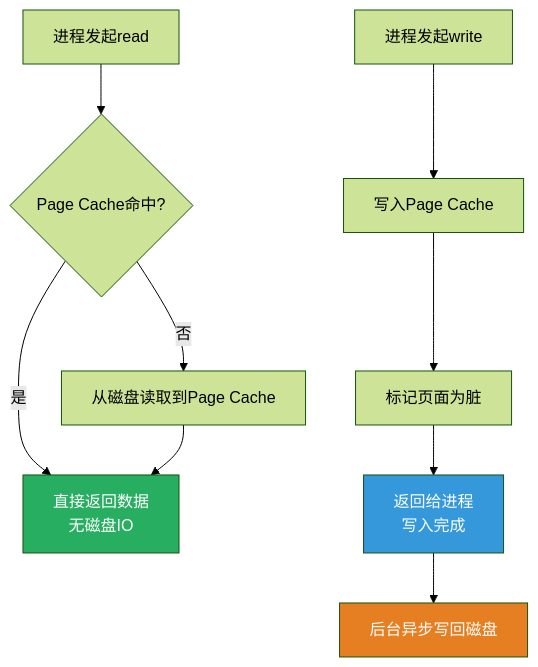
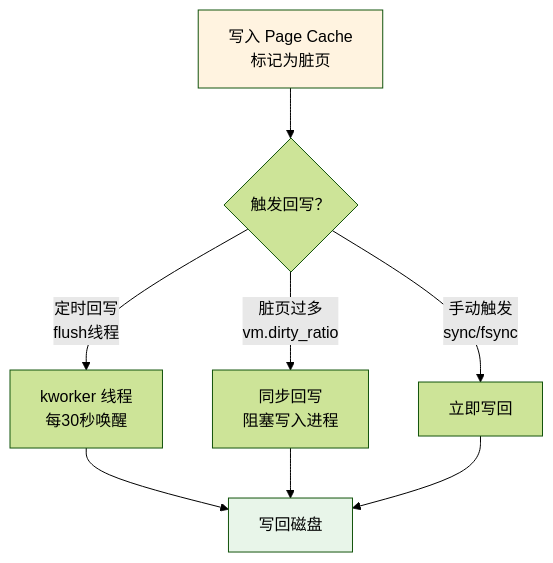
One commit to moklgydocs/moklgydocs.github.io changed the eighth of 13 diagrams in src/Linux/06_内核级/03_文件系统原理.md. Above: the diagram before and after it, drawn with Mermaid (forest theme). The commit also changed other lines of this file and 14 other files, not shown here.

````diff
--- a/src/Linux/06_内核级/03_文件系统原理.md
+++ b/src/Linux/06_内核级/03_文件系统原理.md
@@ -646,17 +708,15 @@
 ```mermaid
 flowchart TD
-    A[进程发起read] --> B{Page Cache命中?}
-    B -->|是| C[直接返回数据<br/>无磁盘IO]
-    B -->|否| D[从磁盘读取到Page Cache]
-    D --> C
+    A["写入 Page Cache<br>标记为脏页"] --> B{"触发回写？"}
 
-    E[进程发起write] --> F[写入Page Cache]
-    F --> G[标记页面为脏]
-    G --> H[返回给进程<br/>写入完成]
+    B -->|"定时回写<br>flush线程"| C["kworker 线程<br>每30秒唤醒"]
+    B -->|"脏页过多<br>vm.dirty_ratio"| D["同步回写<br>阻塞写入进程"]
+    B -->|"手动触发<br>sync/fsync"| E["立即写回"]
 
-    H --> I[后台异步写回磁盘]
+    C --> F["写回磁盘"]
+    D --> F
+    E --> F
 
-    style C fill:#27ae60,color:#fff
-    style H fill:#3498db,color:#fff
-    style I fill:#e67e22,color:#fff
+    style A fill:#fff3e0
+    style F fill:#e8f5e9
 ```
````
